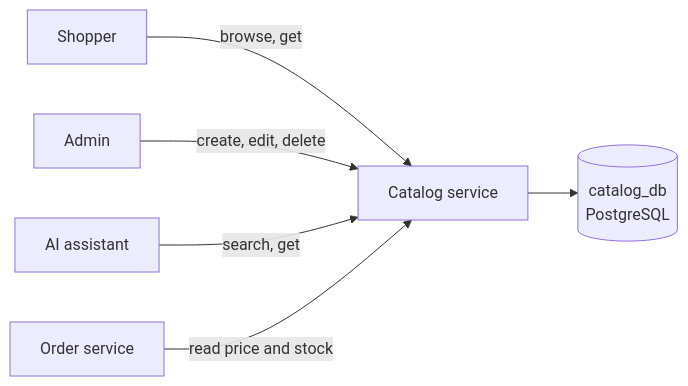
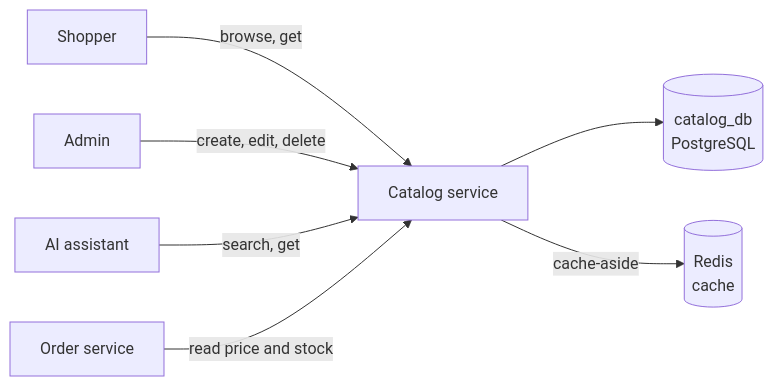
The first of 7 diagrams in docs/CATALOG_SERVICE.md (Chinu99380955899/e-commerce-microservices), drawn with Mermaid before and after one commit. The commit also changed other lines of this file and 11 other files, not shown here.

First line of the commit message:
feat(catalog): Redis cache for product, list and search reads

````diff
--- a/docs/CATALOG_SERVICE.md
+++ b/docs/CATALOG_SERVICE.md
@@ -30,8 +30,9 @@
 ```mermaid
 flowchart LR
     Shopper -->|browse, get| CAT[Catalog service]
     Admin -->|create, edit, delete| CAT
     AI[AI assistant] -->|search, get| CAT
     ORD[Order service] -->|read price and stock| CAT
     CAT --> DB[(catalog_db<br/>PostgreSQL)]
+    CAT -->|cache-aside| RC[(Redis<br/>cache)]
 ```
````
